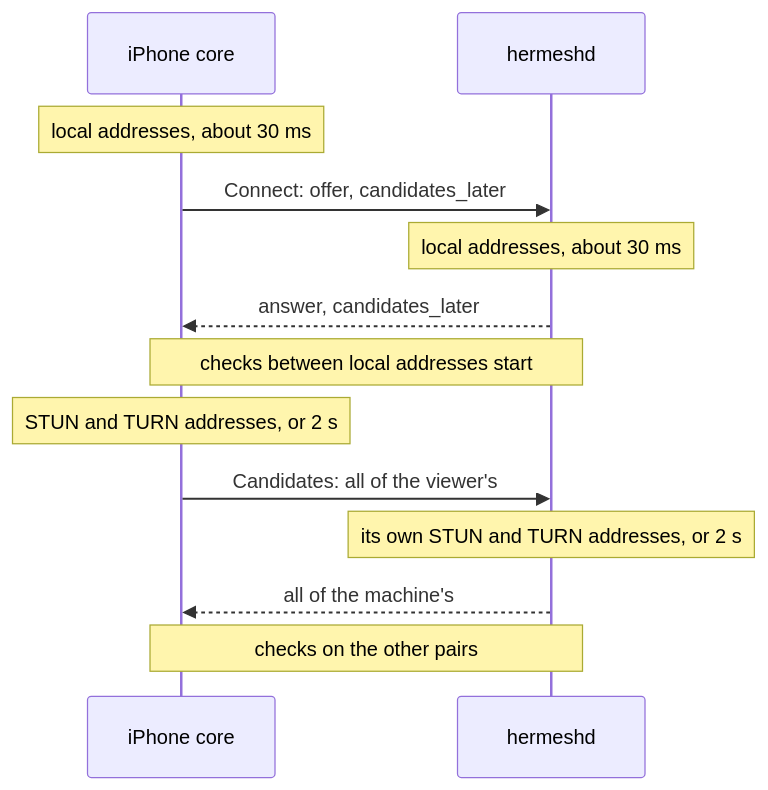
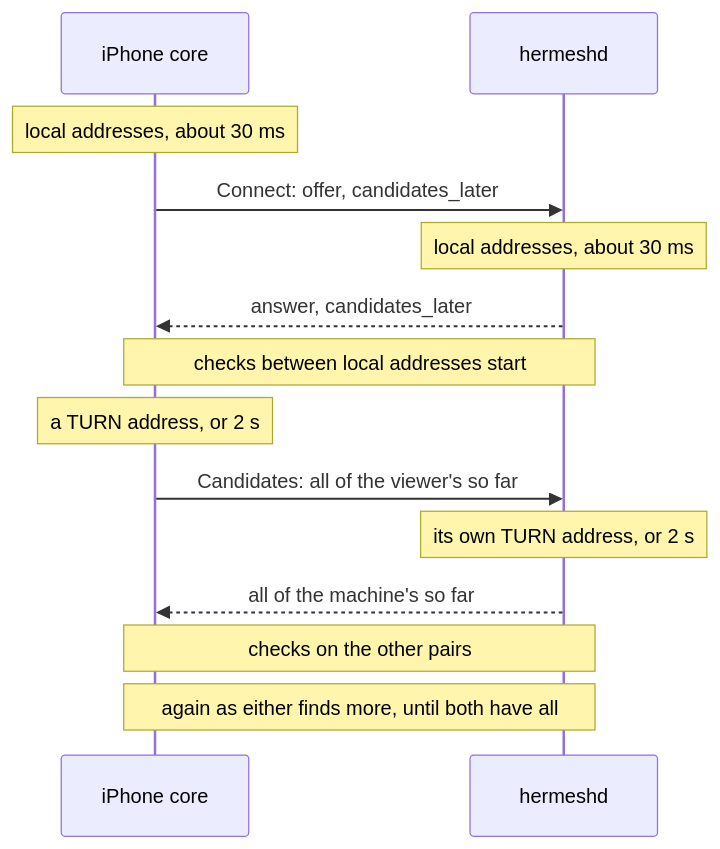
One commit to hermeshai/hermesh changed the diagram in docs/peer-connectivity.md. Above: the diagram before and after it, drawn with Mermaid. The commit also changed other lines of this file and 23 other files, not shown here.

````diff
--- a/docs/peer-connectivity.md
+++ b/docs/peer-connectivity.md
@@ -68,15 +72,16 @@
 ```mermaid
 sequenceDiagram
     participant P as iPhone core
     participant D as hermeshd
     Note over P: local addresses, about 30 ms
     P->>D: Connect: offer, candidates_later
     Note over D: local addresses, about 30 ms
     D-->>P: answer, candidates_later
     Note over P,D: checks between local addresses start
-    Note over P: STUN and TURN addresses, or 2 s
-    P->>D: Candidates: all of the viewer's
-    Note over D: its own STUN and TURN addresses, or 2 s
-    D-->>P: all of the machine's
+    Note over P: a TURN address, or 2 s
+    P->>D: Candidates: all of the viewer's so far
+    Note over D: its own TURN address, or 2 s
+    D-->>P: all of the machine's so far
     Note over P,D: checks on the other pairs
+    Note over P,D: again as either finds more, until both have all
 ```
````
